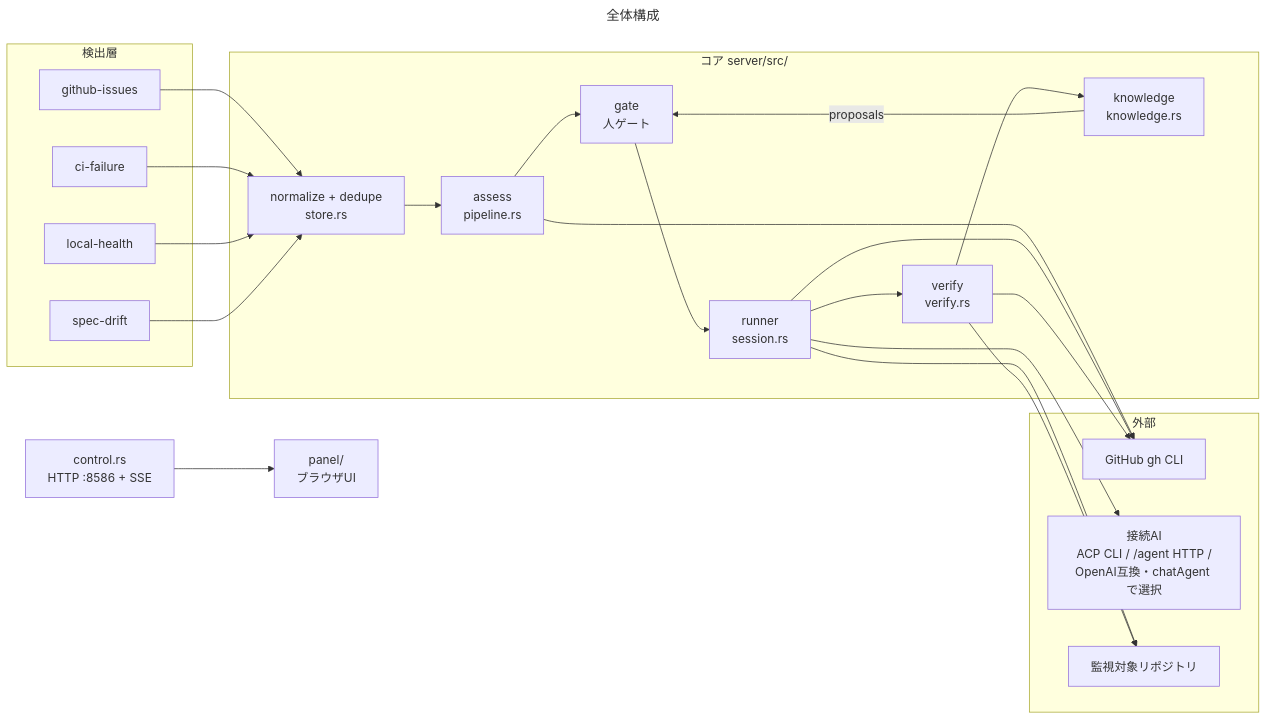
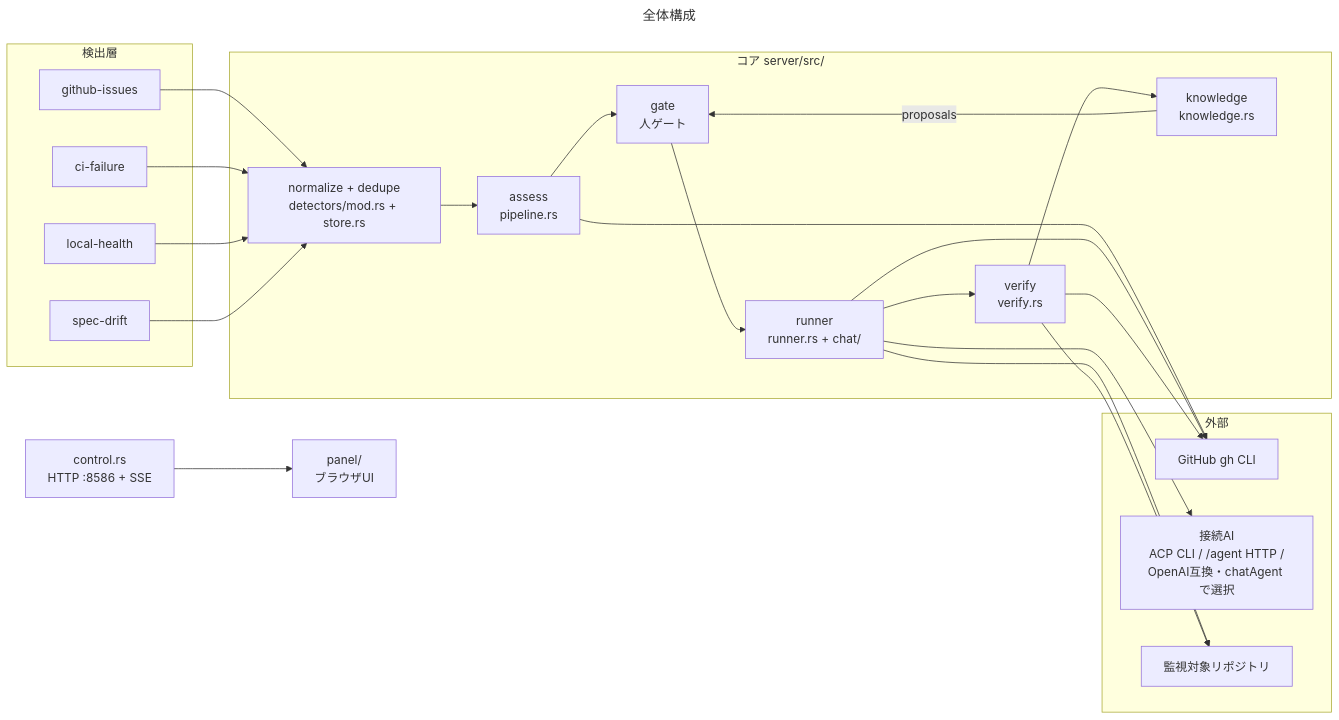
One commit to yamamoto-ryuzo/kasugai_agent changed the diagram in diagrams/architecture.mmd. Above: the diagram before and after it, drawn with Mermaid. The commit also changed 64 other files, not shown here.

```diff
--- a/diagrams/architecture.mmd
+++ b/diagrams/architecture.mmd
@@ -1,32 +1,32 @@
 ---
 title: 全体構成
 ---
 flowchart LR
     subgraph Detect[検出層]
         D1[github-issues]
         D2[ci-failure]
         D3[local-health]
         D4[spec-drift]
     end
 
     subgraph Core[コア server/src/]
-        N[normalize + dedupe<br/>store.rs]
+        N[normalize + dedupe<br/>detectors/mod.rs + store.rs]
         A[assess<br/>pipeline.rs]
         G[gate<br/>人ゲート]
-        R[runner<br/>session.rs]
+        R[runner<br/>runner.rs + chat/]
         V[verify<br/>verify.rs]
         K[knowledge<br/>knowledge.rs]
     end
 
     subgraph IO[外部]
         GH[GitHub gh CLI]
         DV[接続AI<br/>ACP CLI / /agent HTTP /<br/>OpenAI互換・chatAgent で選択]
         RP[監視対象リポジトリ]
     end
 
     C[control.rs<br/>HTTP :8586 + SSE] --> P[panel/<br/>ブラウザUI]
     D1 & D2 & D3 & D4 --> N --> A --> G --> R --> V --> K
     R --> DV
     A & R & V --> GH
     R & V --> RP
     K -->|proposals| G
```
